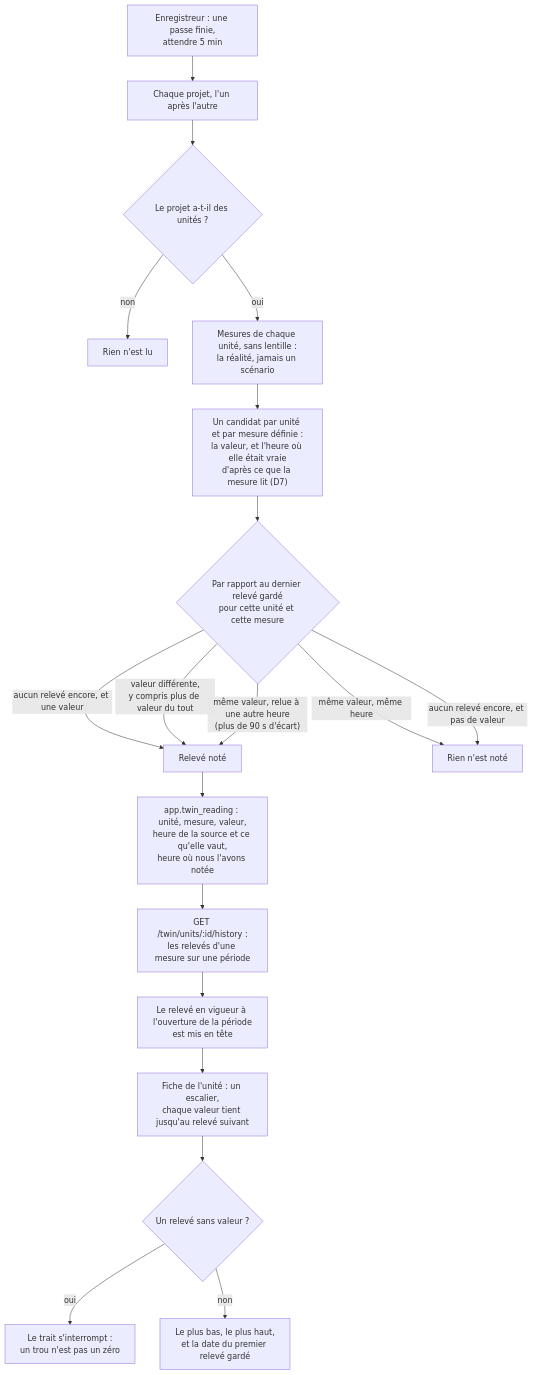
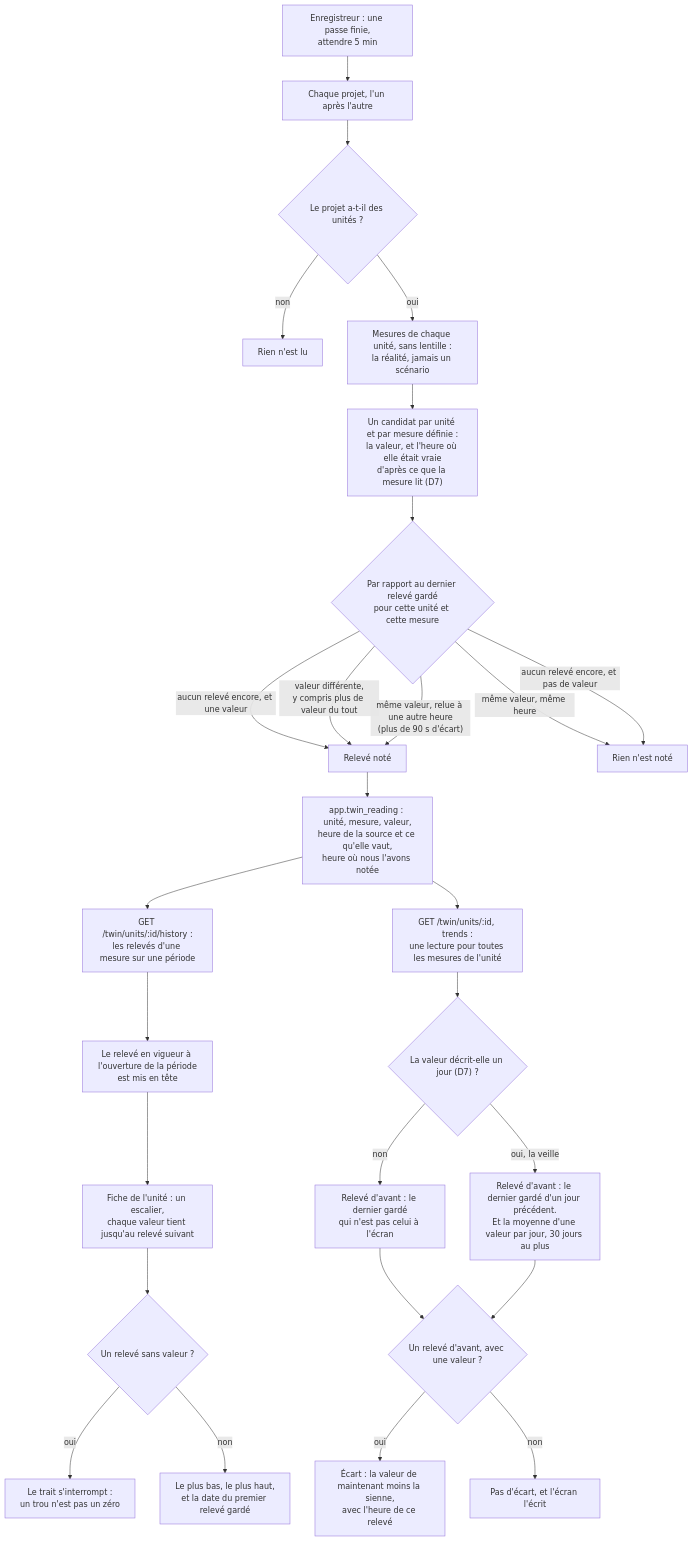
One commit to V1ktor7/obscyro changed diagram 41 of 41 in docs/algorithms.md. Above: the diagram before and after it, drawn with Mermaid. The commit also changed other lines of this file and 36 other files, not shown here.

````diff
--- a/docs/algorithms.md
+++ b/docs/algorithms.md
@@ -1297,21 +1330,29 @@
 ```mermaid
 flowchart TD
     A["Enregistreur : une passe finie,<br/>attendre 5 min"] --> B["Chaque projet, l'un après l'autre"]
     B --> C{"Le projet a-t-il des unités ?"}
     C -->|"non"| C1["Rien n'est lu"]
     C -->|"oui"| D["Mesures de chaque unité, sans lentille :<br/>la réalité, jamais un scénario"]
     D --> E["Un candidat par unité et par mesure définie :<br/>la valeur, et l'heure où elle était vraie<br/>d'après ce que la mesure lit (D7)"]
     E --> F{"Par rapport au dernier relevé gardé<br/>pour cette unité et cette mesure"}
     F -->|"aucun relevé encore, et une valeur"| G["Relevé noté"]
     F -->|"valeur différente,<br/>y compris plus de valeur du tout"| G
     F -->|"même valeur, relue à une autre heure<br/>(plus de 90 s d'écart)"| G
     F -->|"même valeur, même heure"| H["Rien n'est noté"]
     F -->|"aucun relevé encore, et pas de valeur"| H
     G --> I["app.twin_reading : unité, mesure, valeur,<br/>heure de la source et ce qu'elle vaut,<br/>heure où nous l'avons notée"]
     I --> J["GET /twin/units/:id/history :<br/>les relevés d'une mesure sur une période"]
     J --> K["Le relevé en vigueur à l'ouverture de la période<br/>est mis en tête"]
     K --> L["Fiche de l'unité : un escalier,<br/>chaque valeur tient jusqu'au relevé suivant"]
     L --> M{"Un relevé sans valeur ?"}
     M -->|"oui"| N["Le trait s'interrompt :<br/>un trou n'est pas un zéro"]
     M -->|"non"| O["Le plus bas, le plus haut,<br/>et la date du premier relevé gardé"]
+    I --> P["GET /twin/units/:id, trends :<br/>une lecture pour toutes les mesures de l'unité"]
+    P --> Q{"La valeur décrit-elle un jour (D7) ?"}
+    Q -->|"non"| R["Relevé d'avant : le dernier gardé<br/>qui n'est pas celui à l'écran"]
+    Q -->|"oui, la veille"| S["Relevé d'avant : le dernier gardé d'un jour précédent.<br/>Et la moyenne d'une valeur par jour, 30 jours au plus"]
+    R --> T{"Un relevé d'avant, avec une valeur ?"}
+    S --> T
+    T -->|"oui"| U["Écart : la valeur de maintenant moins la sienne,<br/>avec l'heure de ce relevé"]
+    T -->|"non"| W["Pas d'écart, et l'écran l'écrit"]
 ```
````
